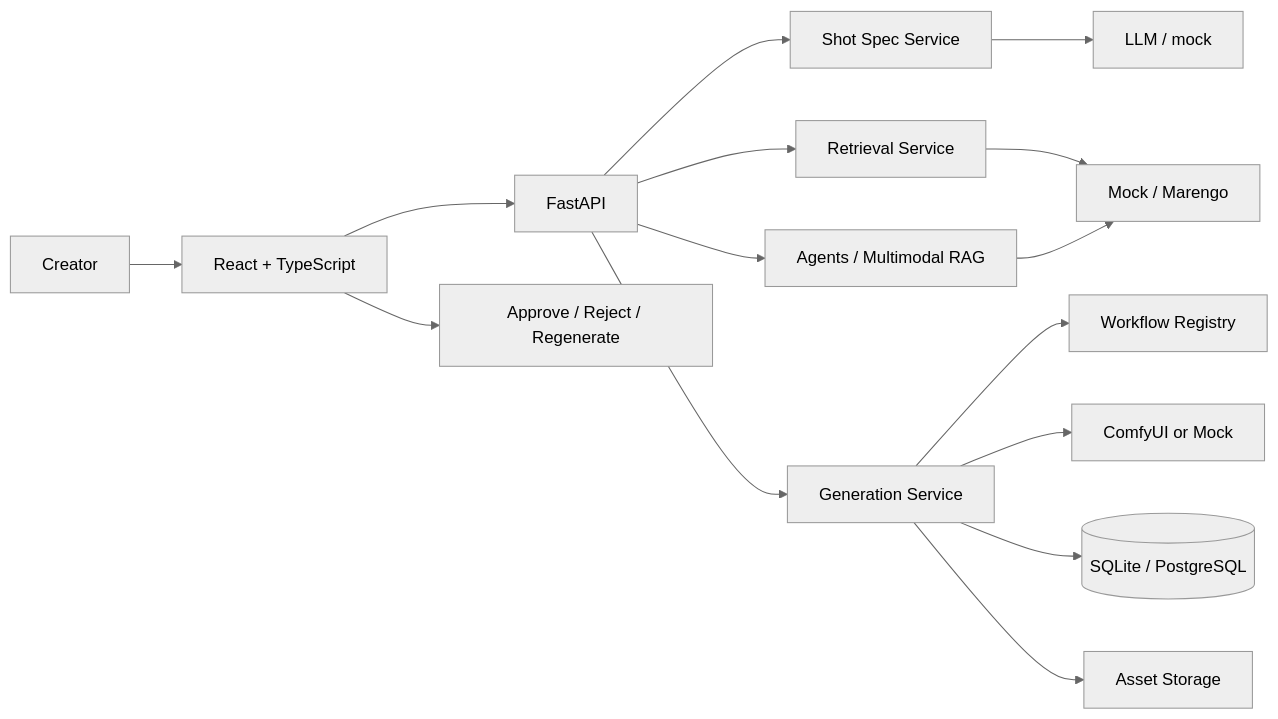
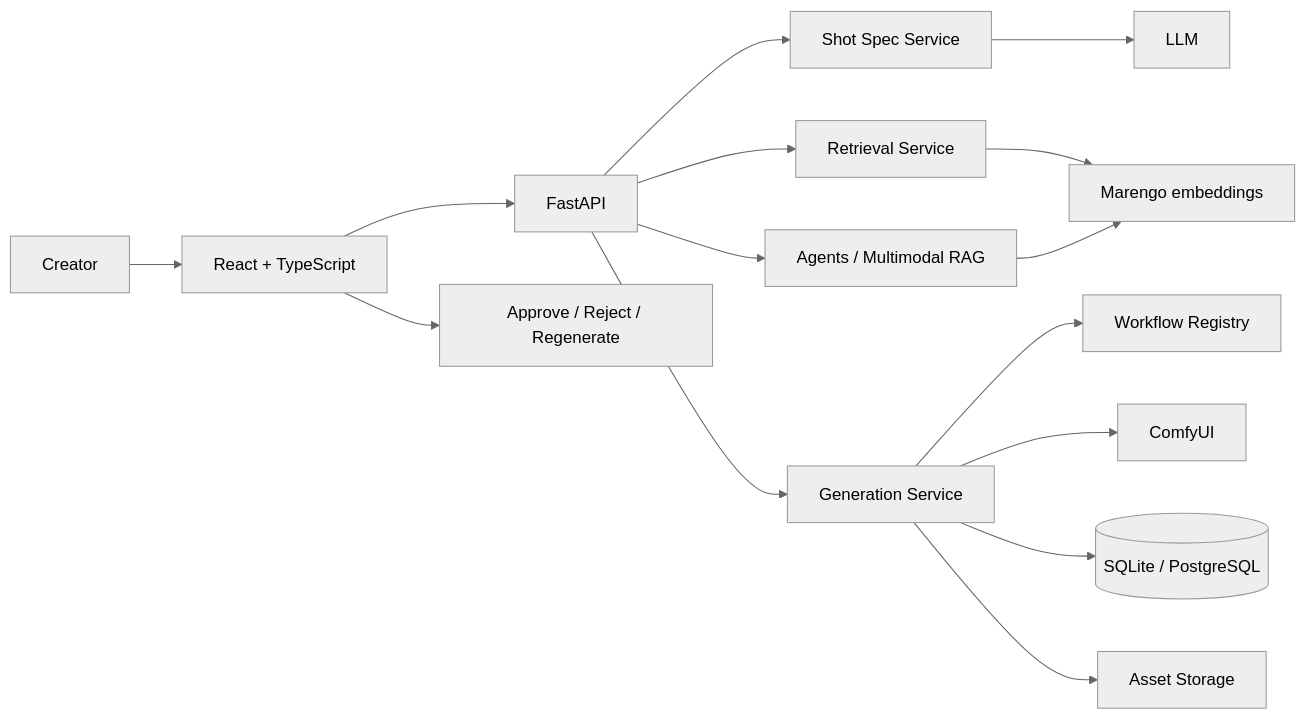
One commit to seonokkim/production-agent changed the diagram in README.md. Above: the diagram before and after it, drawn with Mermaid (neutral theme). The commit also changed other lines of this file and 83 other files, not shown here.

Commit message:
feat: add asset ops, workflow graph, and ingestion/ops tooling

````diff
--- a/README.md
+++ b/README.md
@@ -137,17 +165,17 @@
 ```mermaid
 flowchart LR
     U["Creator"] --> FE["React + TypeScript"]
     FE --> API["FastAPI"]
     API --> SPEC["Shot Spec Service"]
-    SPEC --> LLM["LLM / mock"]
+    SPEC --> LLM["LLM"]
     API --> RET["Retrieval Service"]
-    RET --> EMB["Mock / Marengo"]
+    RET --> EMB["Marengo embeddings"]
     API --> AG["Agents / Multimodal RAG"]
     AG --> EMB
     API --> GS["Generation Service"]
     GS --> CW["Workflow Registry"]
-    GS --> COMFY["ComfyUI or Mock"]
+    GS --> COMFY["ComfyUI"]
     GS --> DB[("SQLite / PostgreSQL")]
     GS --> STORE["Asset Storage"]
     FE --> REVIEW["Approve / Reject / Regenerate"]
 ```
````
